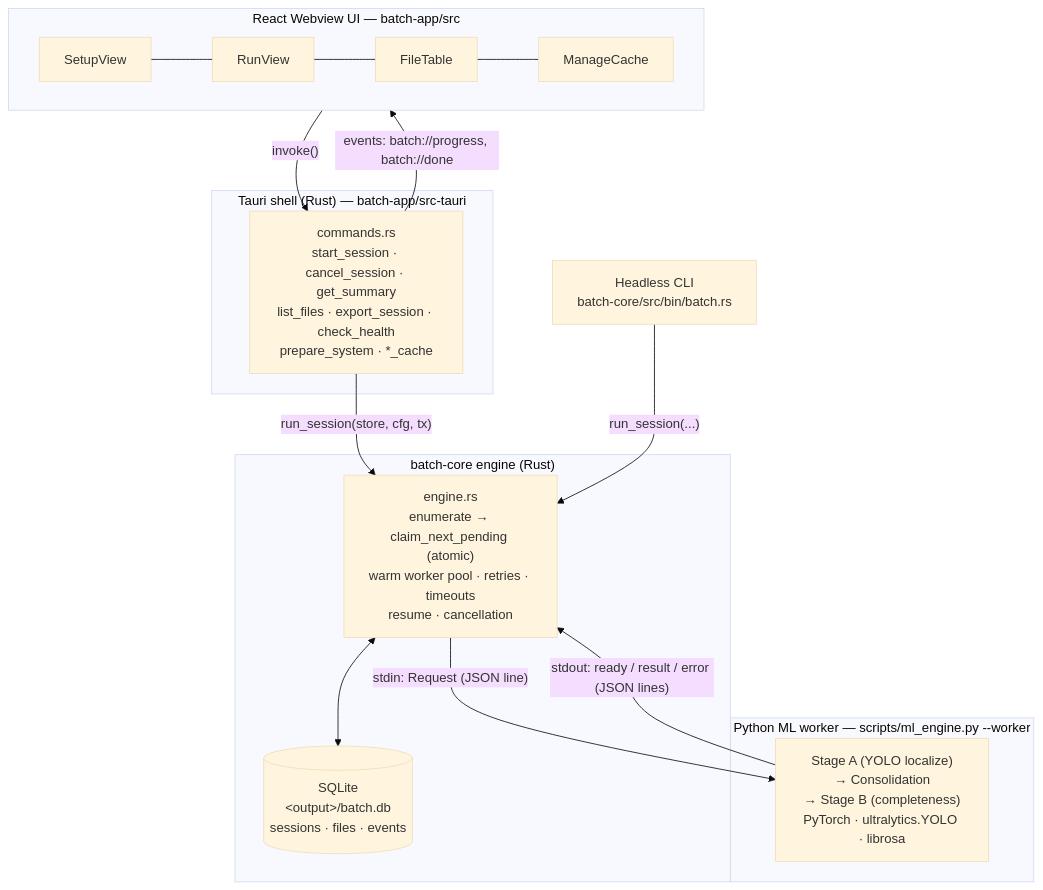
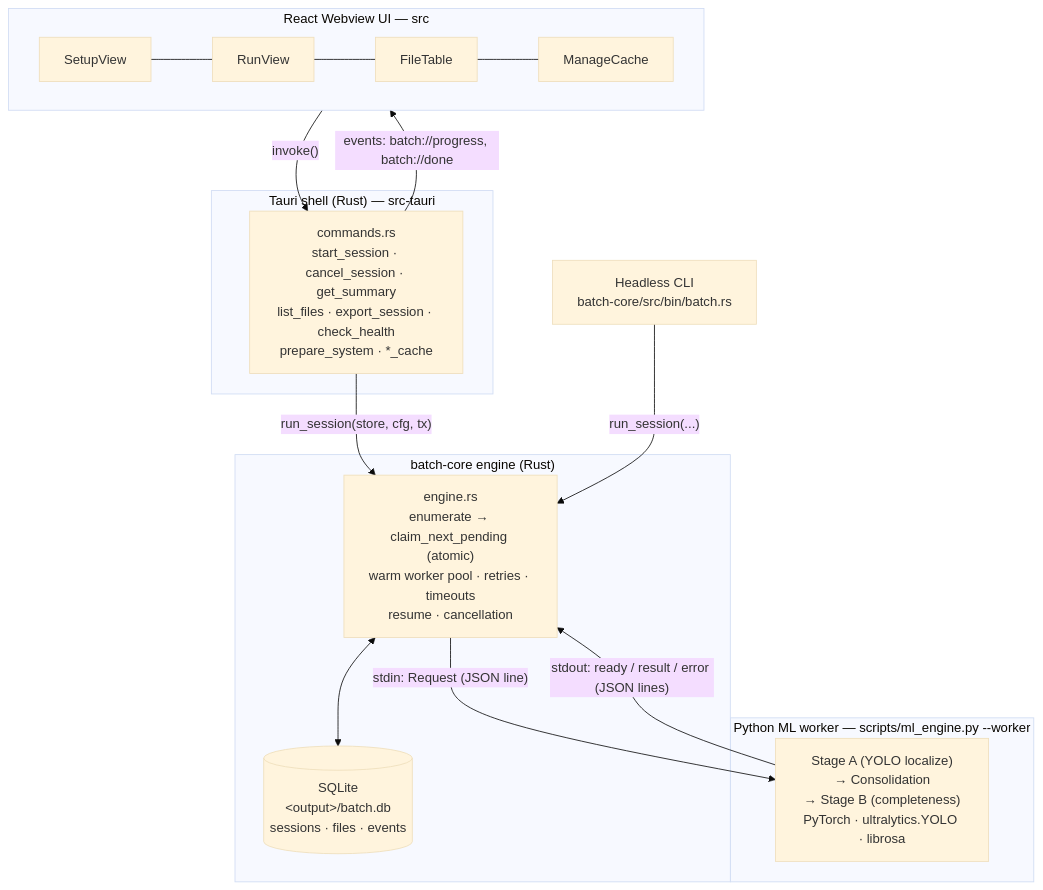
One commit to Human-Augment-Analytics/bird-audio changed the first of 3 diagrams in docs/architecture.md. Above: the diagram before and after it, drawn with Mermaid (base theme). The commit also changed 62 other files, not shown here.

First line of the commit message:
refactor(workspace): promote batch app to repo root, drop batch-app/ wrapper

````diff
--- a/docs/architecture.md
+++ b/docs/architecture.md
@@ -24,30 +24,30 @@
 ```mermaid
 flowchart TB
-    subgraph UI["React Webview UI — batch-app/src"]
+    subgraph UI["React Webview UI — src"]
         direction LR
         SV[SetupView] --- RV[RunView] --- FT[FileTable] --- MC[ManageCache]
     end
 
-    subgraph TAURI["Tauri shell (Rust) — batch-app/src-tauri"]
+    subgraph TAURI["Tauri shell (Rust) — src-tauri"]
         CMD["commands.rs<br/>start_session · cancel_session · get_summary<br/>list_files · export_session · check_health<br/>prepare_system · *_cache"]
     end
 
     subgraph CORE["batch-core engine (Rust)"]
         ENG["engine.rs<br/>enumerate → claim_next_pending (atomic)<br/>warm worker pool · retries · timeouts<br/>resume · cancellation"]
         DB[("SQLite<br/>&lt;output&gt;/batch.db<br/>sessions · files · events")]
     end
 
     subgraph PY["Python ML worker — scripts/ml_engine.py --worker"]
         PIPE["Stage A (YOLO localize)<br/>→ Consolidation<br/>→ Stage B (completeness)<br/>PyTorch · ultralytics.YOLO · librosa"]
     end
 
     CLI["Headless CLI<br/>batch-core/src/bin/batch.rs"]
 
     UI -- "invoke()" --> CMD
     CMD -- "events: batch://progress, batch://done" --> UI
     CMD -- "run_session(store, cfg, tx)" --> ENG
     CLI -- "run_session(...)" --> ENG
     ENG <--> DB
     ENG -- "stdin: Request (JSON line)" --> PIPE
     PIPE -- "stdout: ready / result / error (JSON lines)" --> ENG
 ```
````
